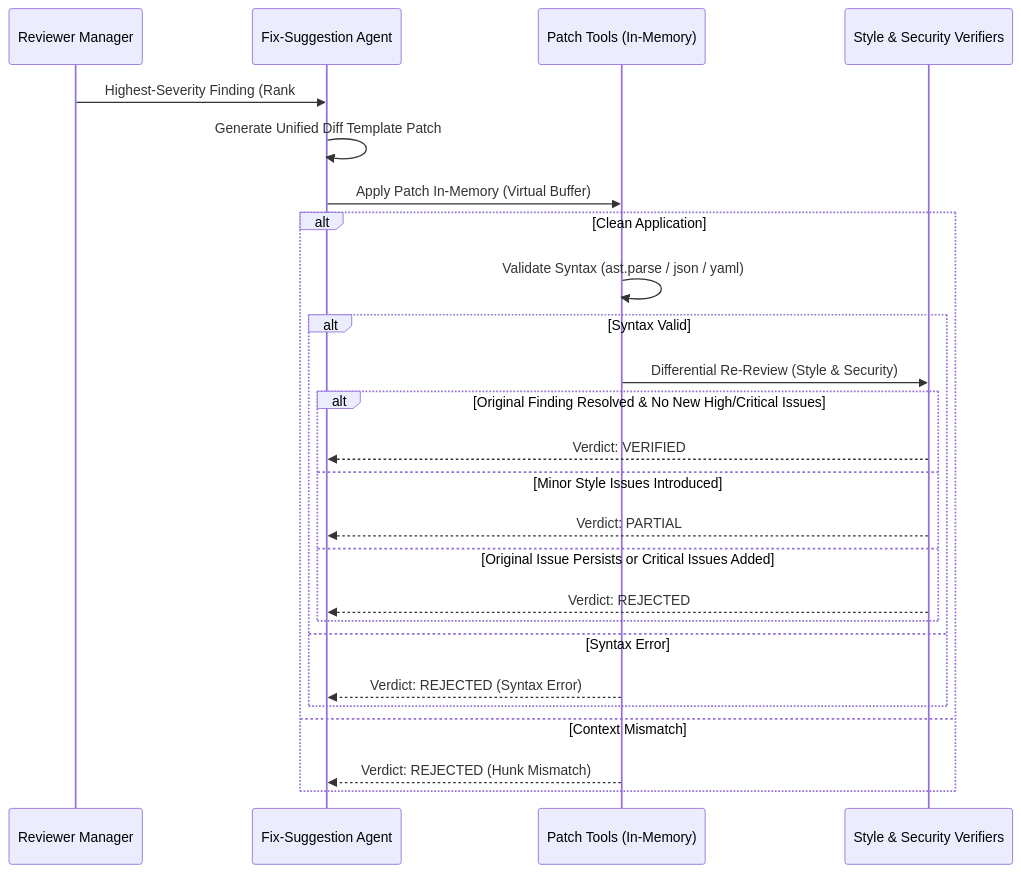
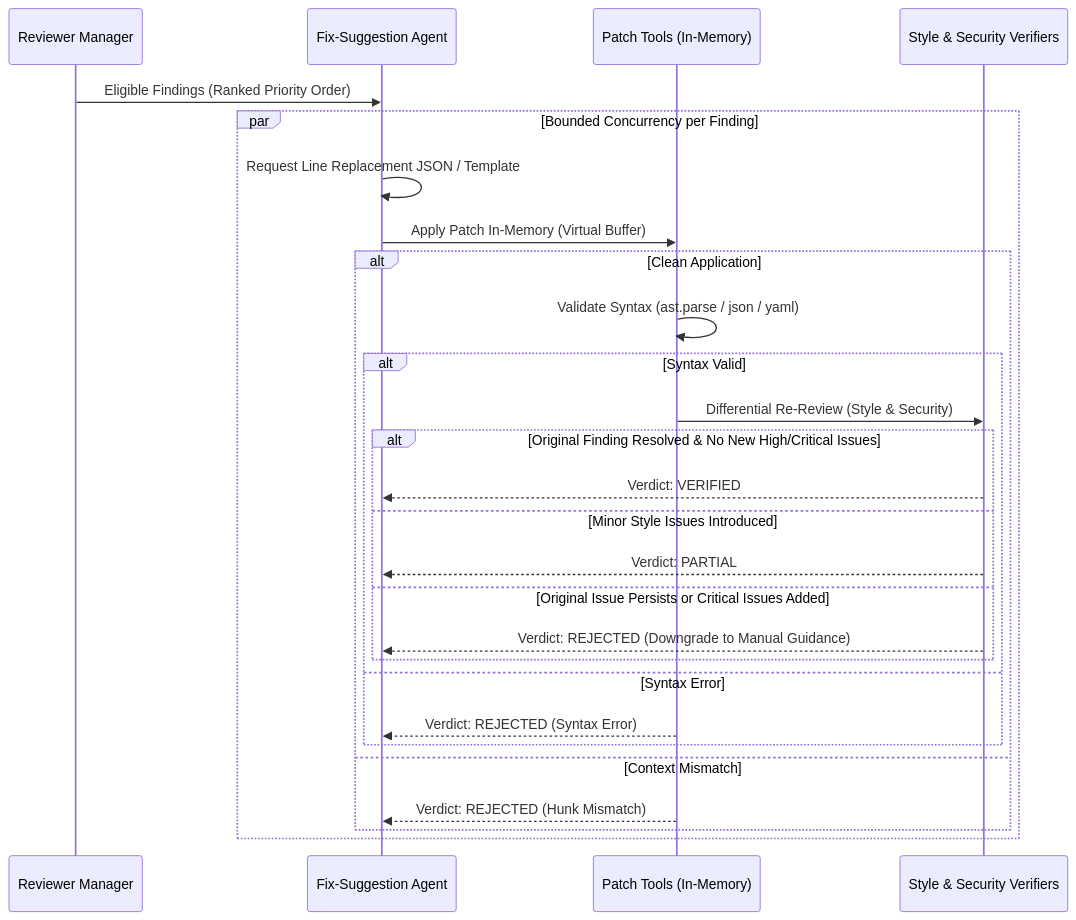
Before and after one commit to ArunChangra34/automated-code-review-board: the second of 2 diagrams in docs/ARCHITECTURE.md, drawn with Mermaid. The commit also changed other lines of this file and 21 other files, not shown here.

Commit message:
feat: implement mode-dependent fix suggestions with in-memory patch verification

````diff
--- a/docs/ARCHITECTURE.md
+++ b/docs/ARCHITECTURE.md
@@ -94,28 +110,30 @@
 ```mermaid
 sequenceDiagram
     participant RM as Reviewer Manager
     participant FSA as Fix-Suggestion Agent
     participant PT as Patch Tools (In-Memory)
     participant Verif as Style & Security Verifiers
 
-    RM->>FSA: Highest-Severity Finding (Rank #1)
-    FSA->>FSA: Generate Unified Diff Template Patch
-    FSA->>PT: Apply Patch In-Memory (Virtual Buffer)
-    alt Clean Application
-        PT->>PT: Validate Syntax (ast.parse / json / yaml)
-        alt Syntax Valid
-            PT->>Verif: Differential Re-Review (Style & Security)
-            alt Original Finding Resolved & No New High/Critical Issues
-                Verif-->>FSA: Verdict: VERIFIED
-            else Minor Style Issues Introduced
-                Verif-->>FSA: Verdict: PARTIAL
-            else Original Issue Persists or Critical Issues Added
-                Verif-->>FSA: Verdict: REJECTED
+    RM->>FSA: Eligible Findings (Ranked Priority Order)
+    par Bounded Concurrency per Finding
+        FSA->>FSA: Request Line Replacement JSON / Template
+        FSA->>PT: Apply Patch In-Memory (Virtual Buffer)
+        alt Clean Application
+            PT->>PT: Validate Syntax (ast.parse / json / yaml)
+            alt Syntax Valid
+                PT->>Verif: Differential Re-Review (Style & Security)
+                alt Original Finding Resolved & No New High/Critical Issues
+                    Verif-->>FSA: Verdict: VERIFIED
+                else Minor Style Issues Introduced
+                    Verif-->>FSA: Verdict: PARTIAL
+                else Original Issue Persists or Critical Issues Added
+                    Verif-->>FSA: Verdict: REJECTED (Downgrade to Manual Guidance)
+                end
+            else Syntax Error
+                PT-->>FSA: Verdict: REJECTED (Syntax Error)
             end
-        else Syntax Error
-            PT-->>FSA: Verdict: REJECTED (Syntax Error)
+        else Context Mismatch
+            PT-->>FSA: Verdict: REJECTED (Hunk Mismatch)
         end
-    else Context Mismatch
-        PT-->>FSA: Verdict: REJECTED (Hunk Mismatch)
     end
 ```
````
